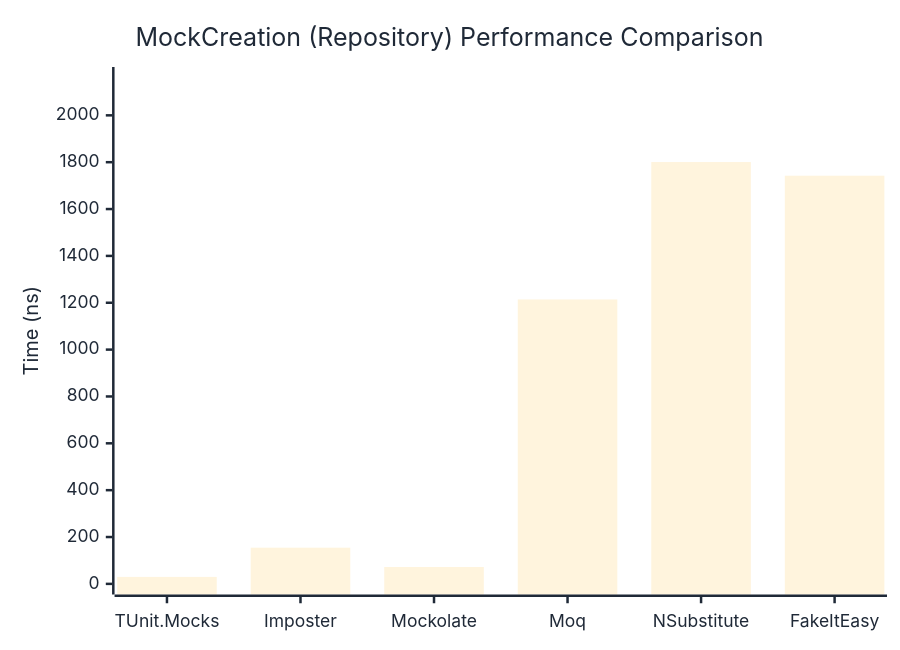
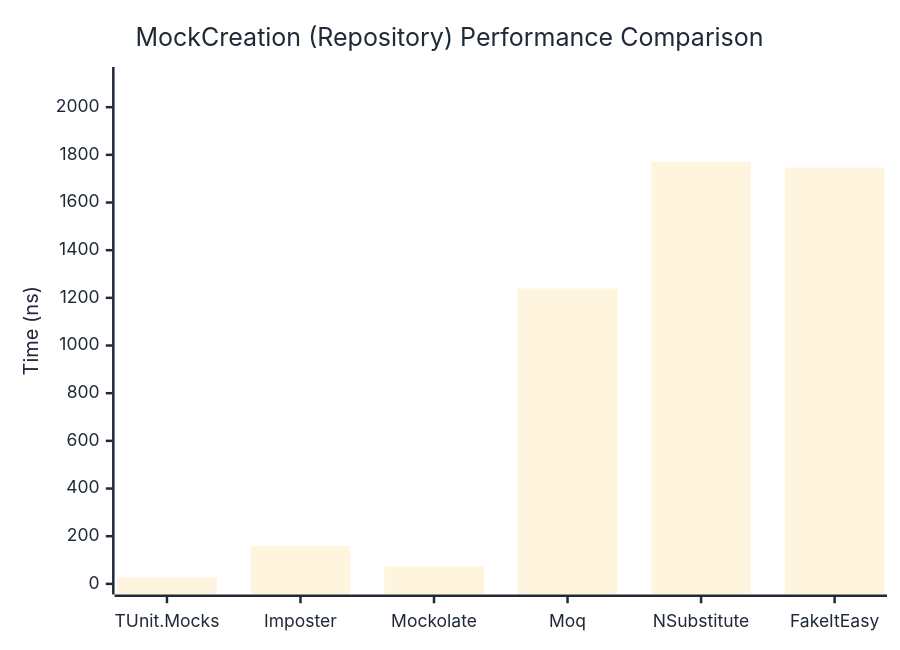
The second of 2 diagrams in docs/docs/benchmarks/mocks/MockCreation.md (thomhurst/TUnit), drawn with Mermaid before and after one commit. The commit also changed other lines of this file and 14 other files, not shown here.

````diff
--- a/docs/docs/benchmarks/mocks/MockCreation.md
+++ b/docs/docs/benchmarks/mocks/MockCreation.md
@@ -69,27 +69,27 @@
 ```mermaid
 %%{init: {
   'theme':'base',
   'themeVariables': {
     'primaryColor': '#2563eb',
     'primaryTextColor': '#1f2937',
     'primaryBorderColor': '#1e40af',
     'lineColor': '#6b7280',
     'secondaryColor': '#7c3aed',
     'tertiaryColor': '#dc2626',
     'background': '#ffffff',
     'pie1': '#2563eb',
     'pie2': '#7c3aed',
     'pie3': '#dc2626',
     'pie4': '#f59e0b',
     'pie5': '#10b981',
     'pie6': '#06b6d4',
     'pie7': '#ec4899',
     'pie8': '#6366f1'
   }
 }}%%
 xychart-beta
   title "MockCreation (Repository) Performance Comparison"
   x-axis ["TUnit.Mocks", "Imposter", "Mockolate", "Moq", "NSubstitute", "FakeItEasy"]
-  y-axis "Time (ns)" 0 --> 2161
-  bar [29.74, 154.47, 72.07, 1214.08, 1800.6, 1742.39]
+  y-axis "Time (ns)" 0 --> 2124
+  bar [27.11, 158.61, 72.85, 1239.28, 1769.66, 1746.41]
 ```
````
